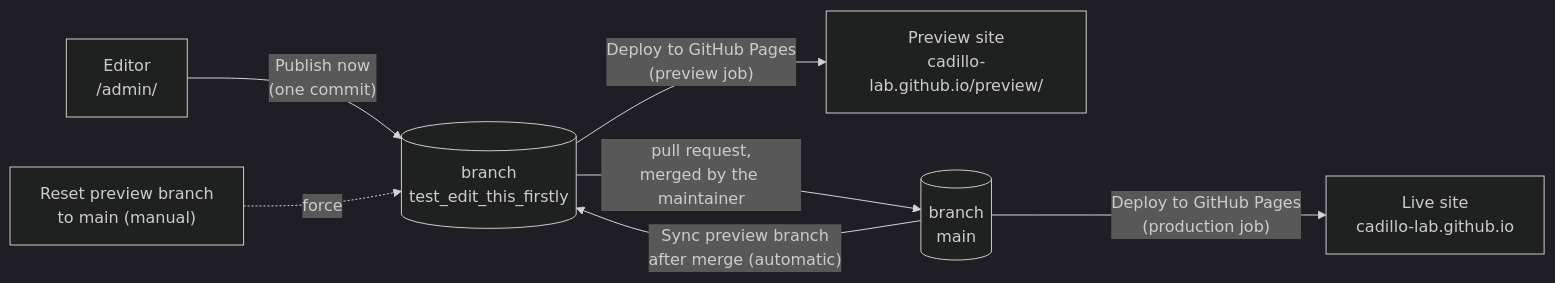
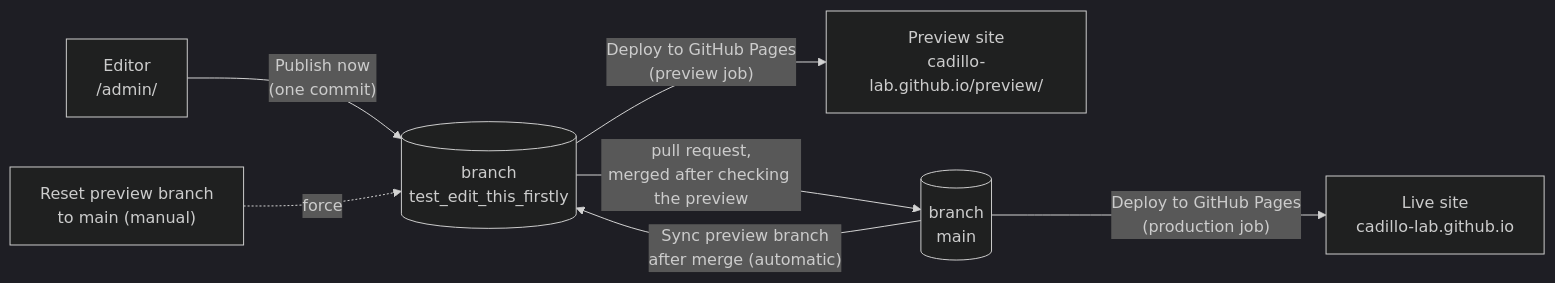
Before and after one commit to Cadillo-Lab/cadillo-lab.github.io: the diagram in docs/CONTENT-MAINTENANCE.md, drawn with Mermaid (dark theme). The commit also changed other lines of this file, not shown here.

````diff
--- a/docs/CONTENT-MAINTENANCE.md
+++ b/docs/CONTENT-MAINTENANCE.md
@@ -95,9 +97,9 @@
 ```mermaid
 flowchart LR
   E["Editor<br/>/admin/"] -- "Publish now<br/>(one commit)" --> B[("branch<br/>test_edit_this_firstly")]
   B -- "Deploy to GitHub Pages<br/>(preview job)" --> P["Preview site<br/>cadillo-lab.github.io/preview/"]
-  B -- "pull request,<br/>merged by the maintainer" --> M[("branch<br/>main")]
+  B -- "pull request,<br/>merged after checking the preview" --> M[("branch<br/>main")]
   M -- "Deploy to GitHub Pages<br/>(production job)" --> L["Live site<br/>cadillo-lab.github.io"]
   M -- "Sync preview branch<br/>after merge (automatic)" --> B
   R["Reset preview branch<br/>to main (manual)"] -. "force" .-> B
 ```
````
